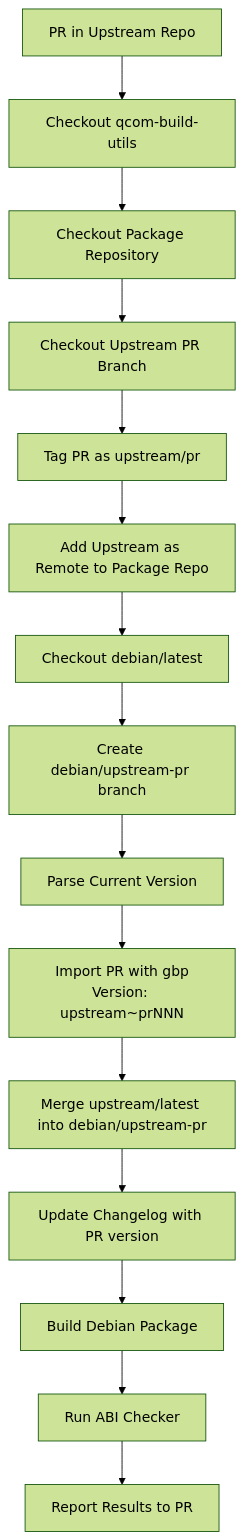
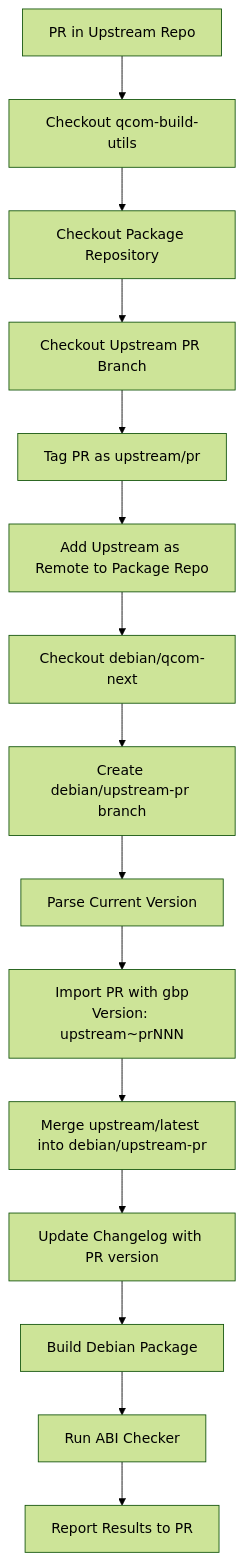
Before and after one commit to vemana1niranjan/qcom-build-utils: the third of 6 diagrams in docs/reusable-workflows.md, drawn with Mermaid (forest theme). The commit also changed other lines of this file and 6 other files, not shown here.

Commit message:
Update references from debian/latest to debian/qcom-next in workflows and documentation

````diff
--- a/docs/reusable-workflows.md
+++ b/docs/reusable-workflows.md
@@ -212,17 +212,17 @@
 ```mermaid
 flowchart TD
     A[PR in Upstream Repo] --> B[Checkout qcom-build-utils]
     B --> C[Checkout Package Repository]
     C --> D[Checkout Upstream PR Branch]
     D --> E[Tag PR as upstream/pr]
     E --> F[Add Upstream as Remote to Package Repo]
-    F --> G[Checkout debian/latest]
+    F --> G[Checkout debian/qcom-next]
     G --> H[Create debian/upstream-pr branch]
     H --> I[Parse Current Version]
     I --> J[Import PR with gbp<br/>Version: upstream~prNNN]
     J --> K[Merge upstream/latest into debian/upstream-pr]
     K --> L[Update Changelog with PR version]
     L --> M[Build Debian Package]
     M --> N[Run ABI Checker]
     N --> O[Report Results to PR]
 ```
````
